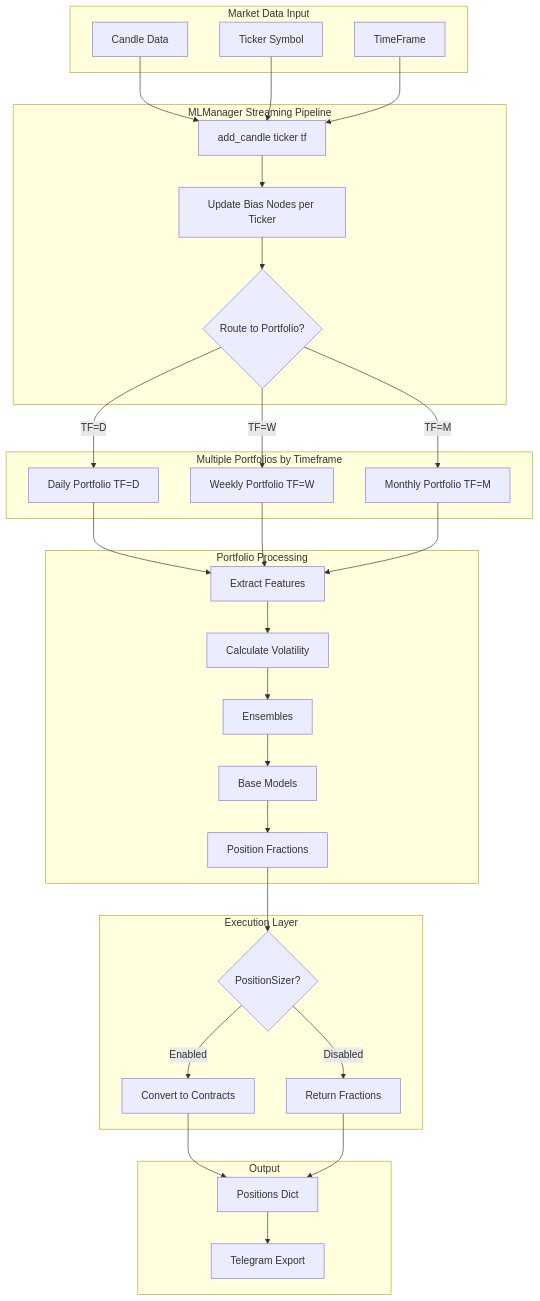
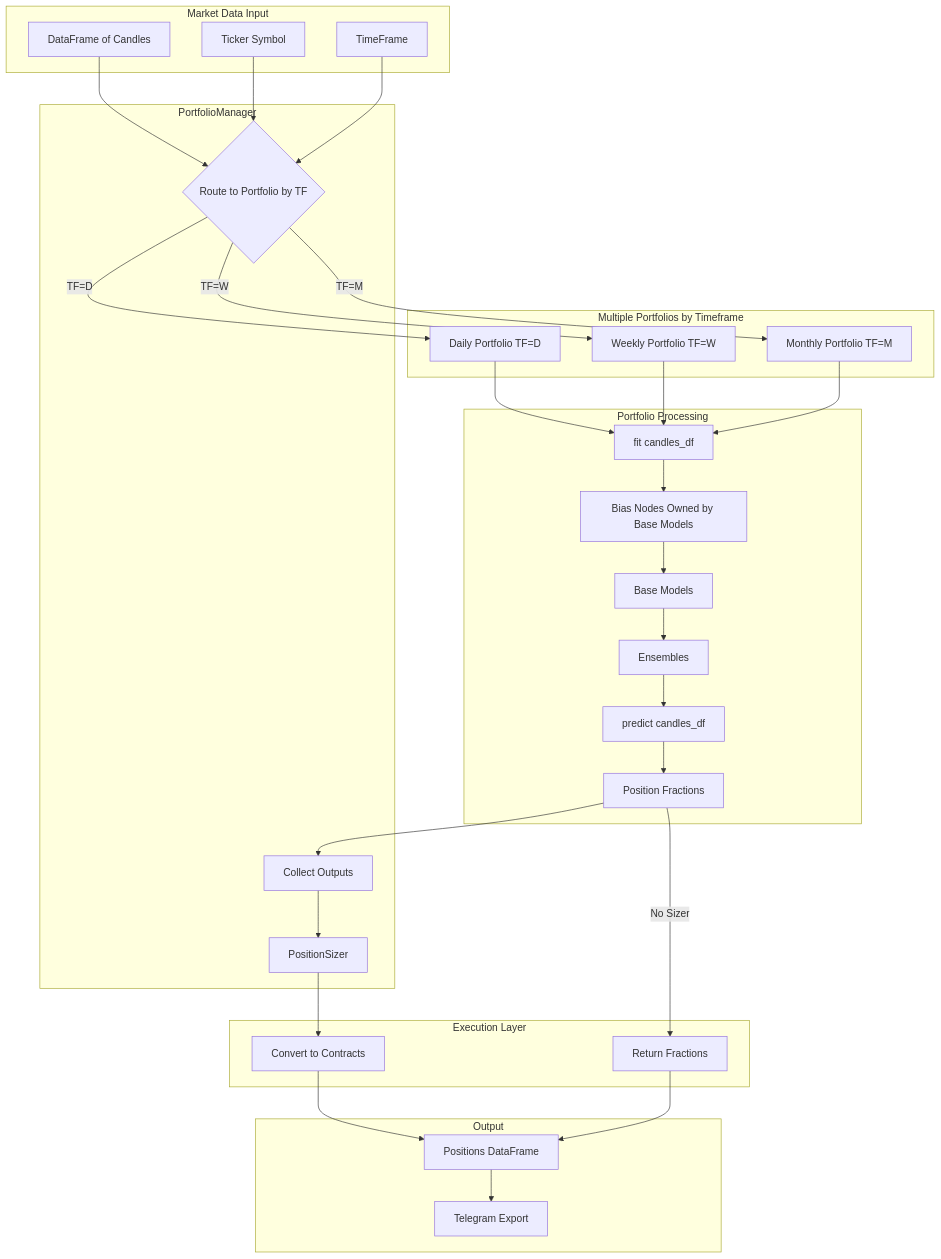
Before and after one commit to ramanthind02/Trading-Algo: the first of 3 diagrams in docs/to-do/ml_manager_specs.md, drawn with Mermaid. The commit also changed other lines of this file and 3 other files, not shown here.

````diff
--- a/docs/to-do/ml_manager_specs.md
+++ b/docs/to-do/ml_manager_specs.md
@@ -86,67 +86,65 @@
 ```mermaid
 graph TB
     subgraph input [Market Data Input]
-        candle[Candle Data]
+        candlesDF[DataFrame of Candles]
         ticker[Ticker Symbol]
         tf[TimeFrame]
     end
     
-    subgraph mlmanager [MLManager Streaming Pipeline]
-        addCandle[add_candle ticker tf]
-        updateNodes[Update Bias Nodes per Ticker]
-        routePortfolio{Route to Portfolio?}
+    subgraph portfoliomanager [PortfolioManager]
+        routePortfolio{Route to Portfolio by TF}
+        collectOutput[Collect Outputs]
+        sizer[PositionSizer]
     end
     
     subgraph portfolios [Multiple Portfolios by Timeframe]
         portfolioD[Daily Portfolio TF=D]
         portfolioW[Weekly Portfolio TF=W]
         portfolioM[Monthly Portfolio TF=M]
     end
     
     subgraph portfolio_flow [Portfolio Processing]
-        extractFeatures[Extract Features]
-        calcVol[Calculate Volatility]
+        fit[fit candles_df]
+        predict[predict candles_df]
         ensembles[Ensembles]
         baseModels[Base Models]
+        biasNodes[Bias Nodes Owned by Base Models]
         positionFractions[Position Fractions]
     end
     
     subgraph execution [Execution Layer]
-        sizer{PositionSizer?}
         contracts[Convert to Contracts]
         fractions[Return Fractions]
     end
     
     subgraph output [Output]
-        positions[Positions Dict]
+        positionsDF[Positions DataFrame]
         telegram[Telegram Export]
     end
     
-    candle --> addCandle
-    ticker --> addCandle
-    tf --> addCandle
-    
-    addCandle --> updateNodes
-    updateNodes --> routePortfolio
+    candlesDF --> routePortfolio
+    ticker --> routePortfolio
+    tf --> routePortfolio
     
     routePortfolio -->|TF=D| portfolioD
     routePortfolio -->|TF=W| portfolioW
     routePortfolio -->|TF=M| portfolioM
     
-    portfolioD --> extractFeatures
-    portfolioW --> extractFeatures
-    portfolioM --> extractFeatures
+    portfolioD --> fit
+    portfolioW --> fit
+    portfolioM --> fit
     
-    extractFeatures --> calcVol
-    calcVol --> ensembles
-    ensembles --> baseModels
-    baseModels --> positionFractions
+    fit --> biasNodes
+    biasNodes --> baseModels
+    baseModels --> ensembles
+    ensembles --> predict
+    predict --> positionFractions
     
-    positionFractions --> sizer
-    sizer -->|Enabled| contracts
-    sizer -->|Disabled| fractions
-    
-    contracts --> positions
-    fractions --> positions
-    positions --> telegram
+    positionFractions --> collectOutput
+    collectOutput --> sizer
+    sizer --> contracts
+    contracts --> positionsDF
+    positionFractions -->|No Sizer| fractions
+    fractions --> positionsDF
+    positionsDF --> telegram
 ```
````
